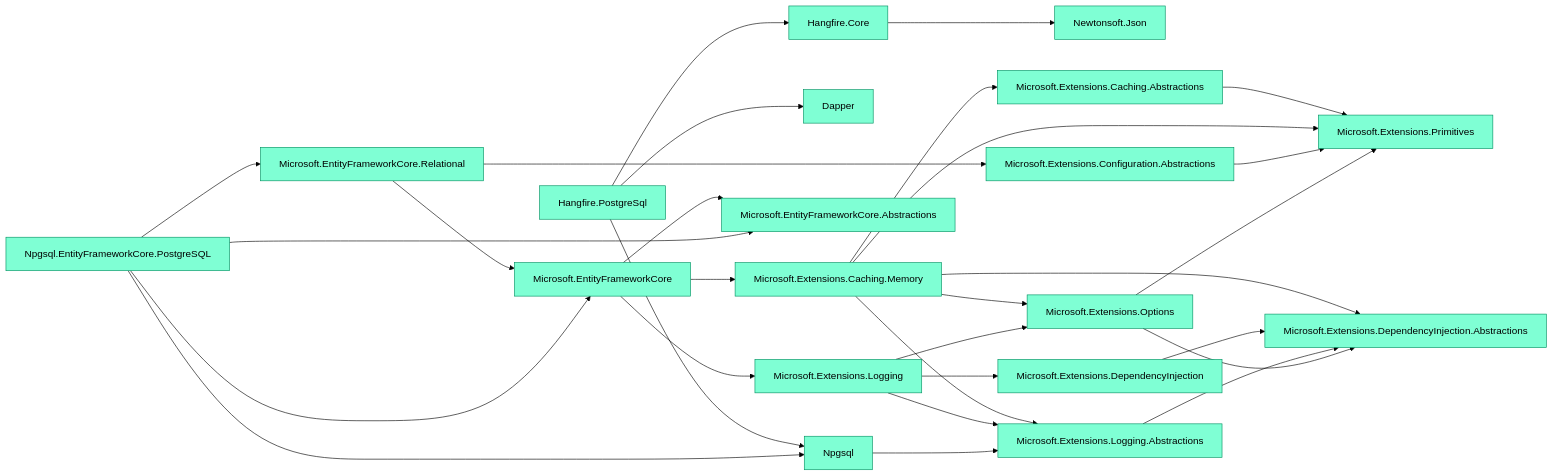
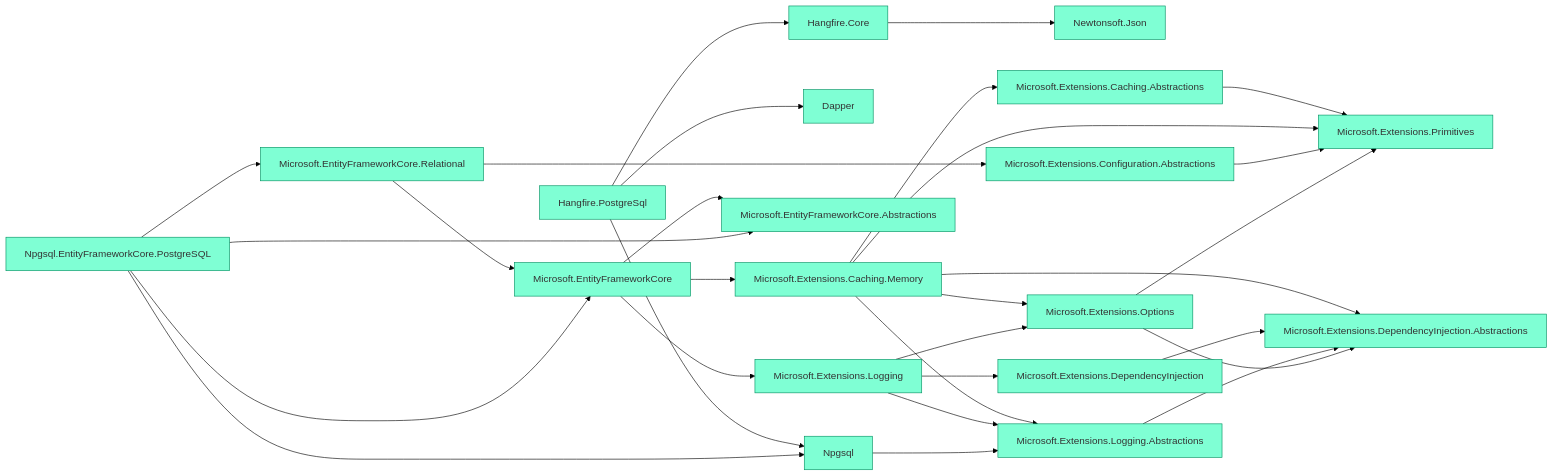
Before and after one commit to 0xced/Chisel: the first of 4 diagrams in README.md, drawn with Mermaid (forest theme). The commit also changed other lines of this file and 6 other files, not shown here.

Commit message:
Improve readability of Mermaid graphs in dark mode

````diff
--- a/README.md
+++ b/README.md
@@ -27,34 +27,34 @@
 ```mermaid
 graph LR
 
-classDef default fill:aquamarine,stroke:#009061
+classDef default fill:aquamarine,stroke:#009061,color:#333
 
 Hangfire.Core --> Newtonsoft.Json
 Hangfire.PostgreSql --> Dapper
 Hangfire.PostgreSql --> Hangfire.Core
 Hangfire.PostgreSql --> Npgsql
 Microsoft.EntityFrameworkCore --> Microsoft.EntityFrameworkCore.Abstractions
 Microsoft.EntityFrameworkCore --> Microsoft.Extensions.Caching.Memory
 Microsoft.EntityFrameworkCore --> Microsoft.Extensions.Logging
 Microsoft.EntityFrameworkCore.Relational --> Microsoft.EntityFrameworkCore
 Microsoft.EntityFrameworkCore.Relational --> Microsoft.Extensions.Configuration.Abstractions
 Microsoft.Extensions.Caching.Abstractions --> Microsoft.Extensions.Primitives
 Microsoft.Extensions.Caching.Memory --> Microsoft.Extensions.Caching.Abstractions
 Microsoft.Extensions.Caching.Memory --> Microsoft.Extensions.DependencyInjection.Abstractions
 Microsoft.Extensions.Caching.Memory --> Microsoft.Extensions.Logging.Abstractions
 Microsoft.Extensions.Caching.Memory --> Microsoft.Extensions.Options
 Microsoft.Extensions.Caching.Memory --> Microsoft.Extensions.Primitives
 Microsoft.Extensions.Configuration.Abstractions --> Microsoft.Extensions.Primitives
 Microsoft.Extensions.DependencyInjection --> Microsoft.Extensions.DependencyInjection.Abstractions
 Microsoft.Extensions.Logging --> Microsoft.Extensions.DependencyInjection
 Microsoft.Extensions.Logging --> Microsoft.Extensions.Logging.Abstractions
 Microsoft.Extensions.Logging --> Microsoft.Extensions.Options
 Microsoft.Extensions.Logging.Abstractions --> Microsoft.Extensions.DependencyInjection.Abstractions
 Microsoft.Extensions.Options --> Microsoft.Extensions.DependencyInjection.Abstractions
 Microsoft.Extensions.Options --> Microsoft.Extensions.Primitives
 Npgsql --> Microsoft.Extensions.Logging.Abstractions
 Npgsql.EntityFrameworkCore.PostgreSQL --> Microsoft.EntityFrameworkCore
 Npgsql.EntityFrameworkCore.PostgreSQL --> Microsoft.EntityFrameworkCore.Abstractions
 Npgsql.EntityFrameworkCore.PostgreSQL --> Microsoft.EntityFrameworkCore.Relational
 Npgsql.EntityFrameworkCore.PostgreSQL --> Npgsql
 ```
````
